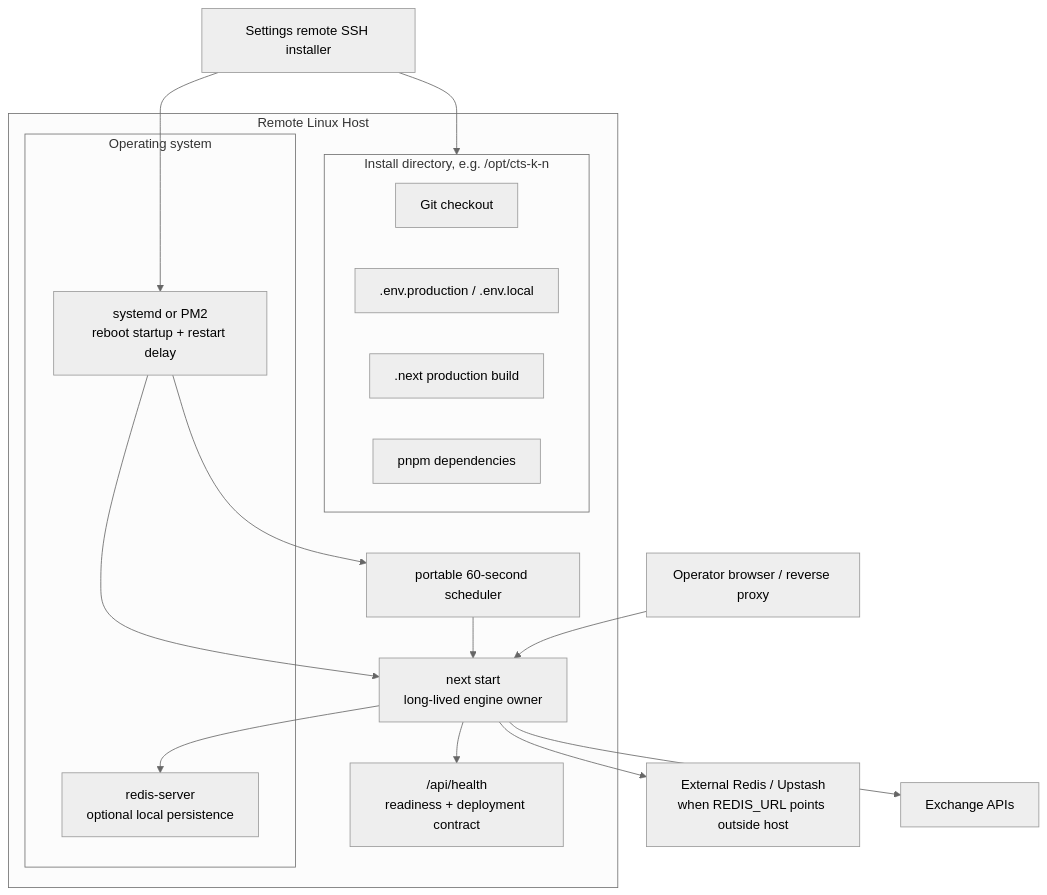
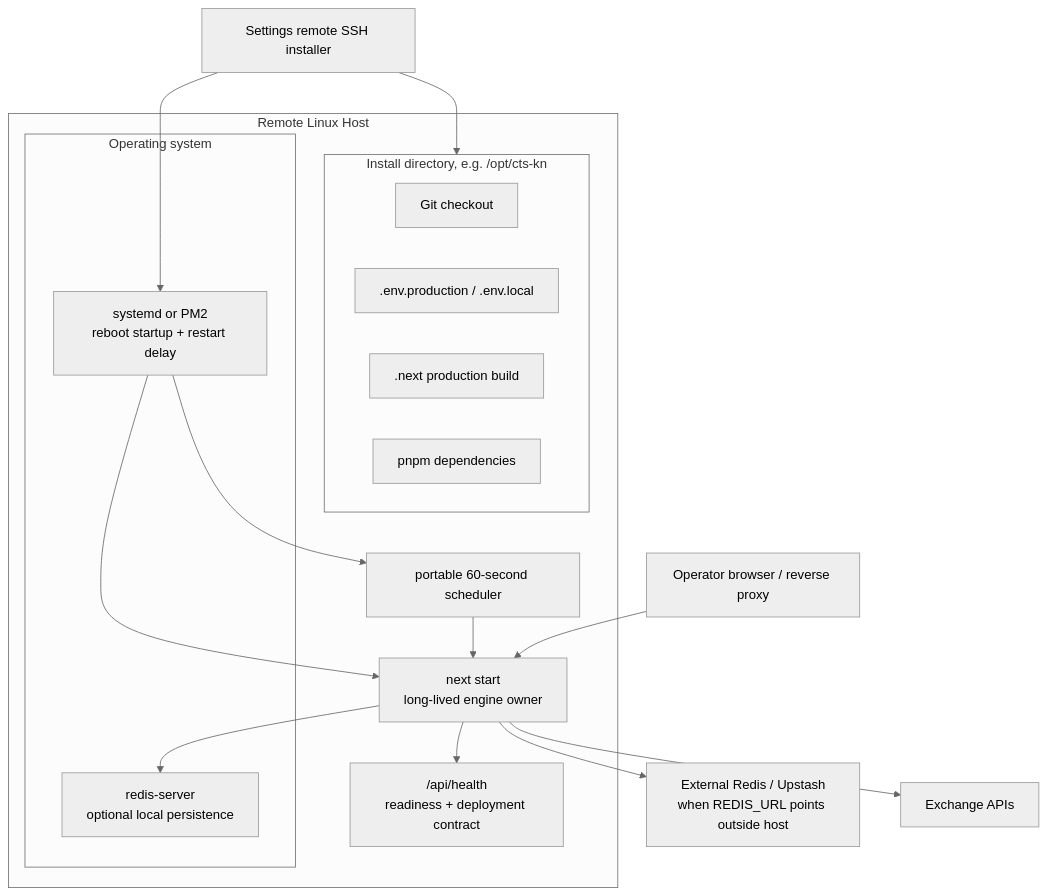
Before and after one commit to mxssnx-creator/CTS-K-N: the fifth of 5 diagrams in docs/system-modules-map.md, drawn with Mermaid (neutral theme). The commit also changed 97 other files, not shown here.

````diff
--- a/docs/system-modules-map.md
+++ b/docs/system-modules-map.md
@@ -203,31 +203,31 @@
 ```mermaid
 flowchart TB
   subgraph RemoteHost["Remote Linux Host"]
     subgraph OS["Operating system"]
       Supervisor["systemd or PM2\nreboot startup + restart delay"]
       RedisLocal["redis-server\noptional local persistence"]
     end
 
-    subgraph AppDir["Install directory, e.g. /opt/cts-k-n"]
+    subgraph AppDir["Install directory, e.g. /opt/cts-kn"]
       Repo["Git checkout"]
       Env[".env.production / .env.local"]
       NextBuild[".next production build"]
       NodeModules["pnpm dependencies"]
     end
 
     Service["next start\nlong-lived engine owner"]
     Scheduler["portable 60-second scheduler"]
     HealthAPI["/api/health\nreadiness + deployment contract"]
   end
 
   Internet["Operator browser / reverse proxy"] --> Service
   Supervisor --> Service
   Supervisor --> Scheduler
   Service --> HealthAPI
   Scheduler --> Service
   Service --> RedisLocal
   Service --> ExternalRedis["External Redis / Upstash\nwhen REDIS_URL points outside host"]
   Service --> ExchangeAPIs["Exchange APIs"]
   RemoteInstaller["Settings remote SSH installer"] --> Supervisor
   RemoteInstaller --> AppDir
 ```
````
